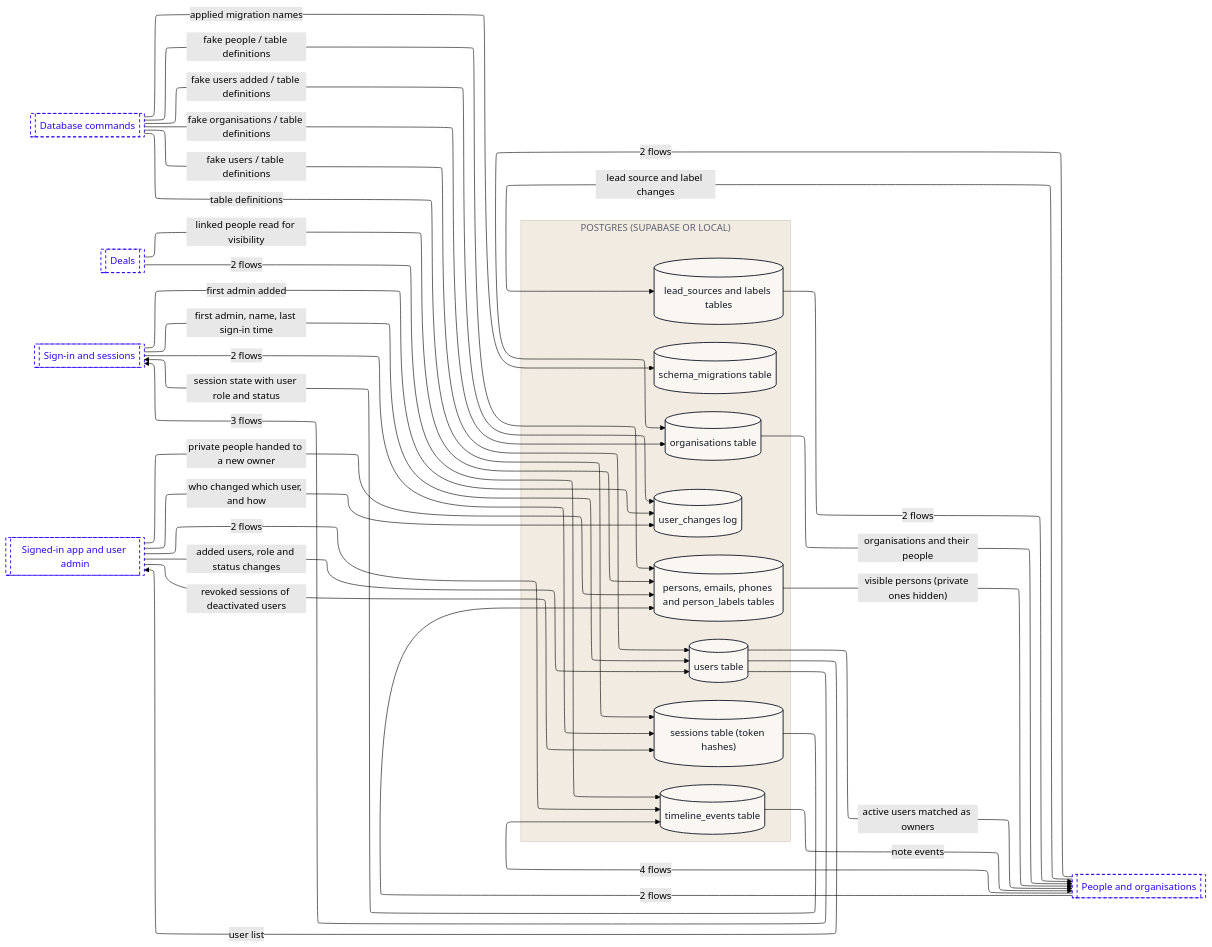
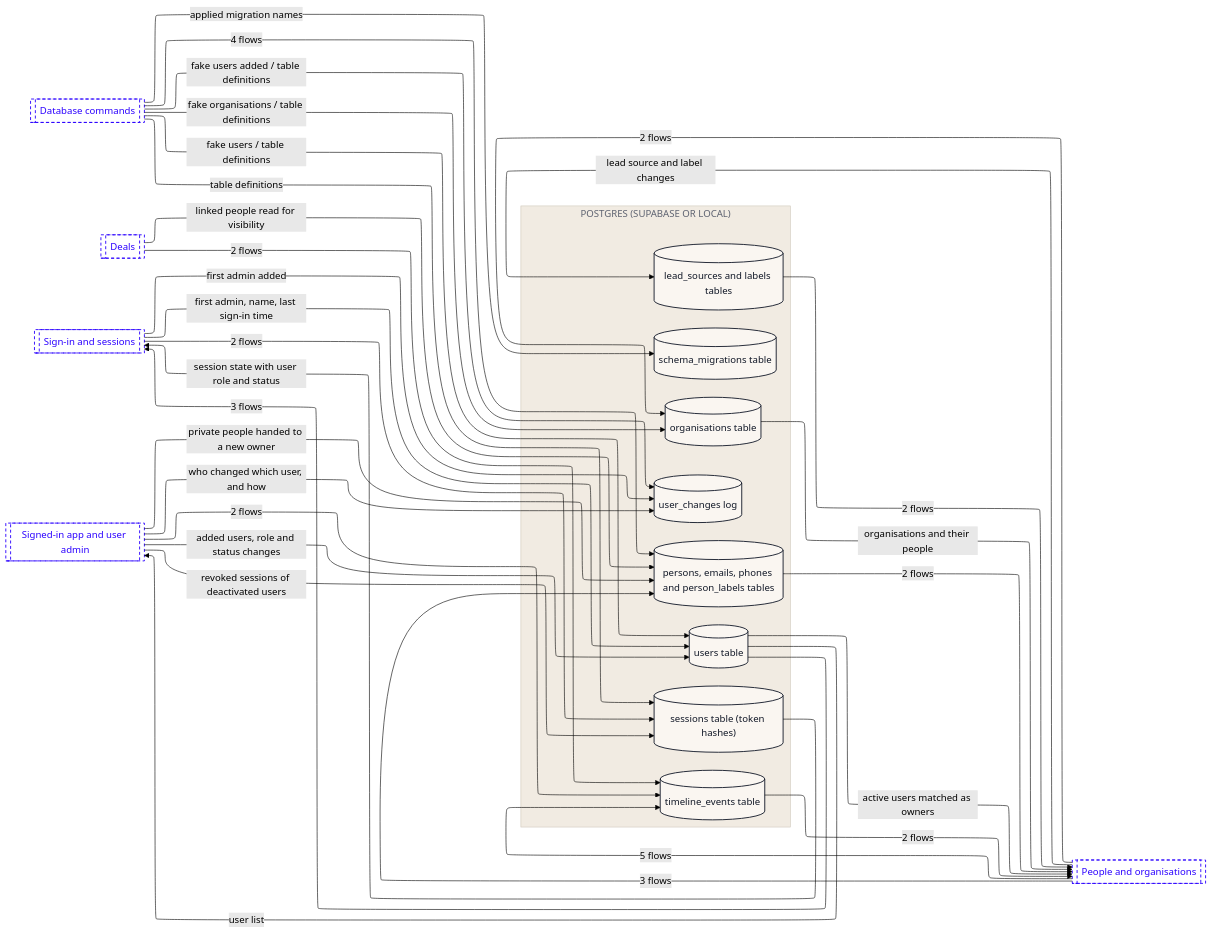
The third of 10 diagrams in dataflow/DATAFLOW.md (Romain-Perche/Barnacle-Pipe), drawn with Mermaid (forest theme) before and after one commit. The commit also changed other lines of this file and 14 other files, not shown here.

````diff
--- a/dataflow/DATAFLOW.md
+++ b/dataflow/DATAFLOW.md
@@ -145,59 +146,59 @@
 ```mermaid
 ---
 config:
   layout: elk
 ---
 flowchart LR
     subgraph z1["POSTGRES (SUPABASE OR LOCAL)"]
         n1[("lead_sources and labels tables")]
         n2[("organisations table")]
         n3[("persons, emails, phones and person_labels tables")]
         n4[("schema_migrations table")]
         n5[("sessions table (token hashes)")]
         n6[("timeline_events table")]
         n7[("user_changes log")]
         n8[("users table")]
     end
     n9[["Database commands"]]
     n10[["Deals"]]
     n11[["People and organisations"]]
     n12[["Sign-in and sessions"]]
     n13[["Signed-in app and user admin"]]
     n11 -->|"lead source and label changes"| n1
     n1 -->|"2 flows"| n11
     n12 -->|"2 flows"| n5
     n12 -->|"first admin added"| n7
     n12 -->|"first admin, name, last sign-in time"| n8
     n11 -->|"2 flows"| n2
-    n11 -->|"2 flows"| n3
-    n11 -->|"4 flows"| n6
+    n11 -->|"3 flows"| n3
+    n11 -->|"5 flows"| n6
     n10 -->|"linked people read for visibility"| n3
     n10 -->|"2 flows"| n6
     n9 -->|"fake organisations / table definitions"| n2
-    n9 -->|"fake people / table definitions"| n3
+    n9 -->|"4 flows"| n3
     n9 -->|"applied migration names"| n4
     n9 -->|"table definitions"| n5
     n9 -->|"fake users added / table definitions"| n7
     n9 -->|"fake users / table definitions"| n8
     n2 -->|"organisations and their people"| n11
-    n3 -->|"visible persons (private ones hidden)"| n11
+    n3 -->|"2 flows"| n11
     n5 -->|"session state with user role and status"| n12
-    n6 -->|"note events"| n11
+    n6 -->|"2 flows"| n11
     n13 -->|"private people handed to a new owner"| n3
     n13 -->|"revoked sessions of deactivated users"| n5
     n13 -->|"2 flows"| n6
     n13 -->|"who changed which user, and how"| n7
     n13 -->|"added users, role and status changes"| n8
     n8 -->|"3 flows"| n12
     n8 -->|"active users matched as owners"| n11
     n8 -->|"user list"| n13
     classDef actor fill:#FFFFFF,stroke:#111827,stroke-width:1px,color:#111827
     classDef process fill:#EDEAFF,stroke:#2B00FF,stroke-width:1.5px,color:#111827
     classDef store fill:#FAF6F1,stroke:#111827,stroke-width:1.5px,color:#111827
     classDef zone fill:#1A1A1A,stroke:#1A1A1A,color:#FFFFFF
     classDef group fill:#2B00FF,stroke:#2B00FF,color:#FFFFFF
     classDef stub fill:#FFFFFF,stroke:#2B00FF,stroke-width:1.5px,stroke-dasharray:5 4,color:#2B00FF
     class n1,n2,n3,n4,n5,n6,n7,n8 store
     class n9,n10,n11,n12,n13 stub
     style z1 fill:#F1EBE2,stroke:#CFC7BB,color:#5D6270
 ```
````
